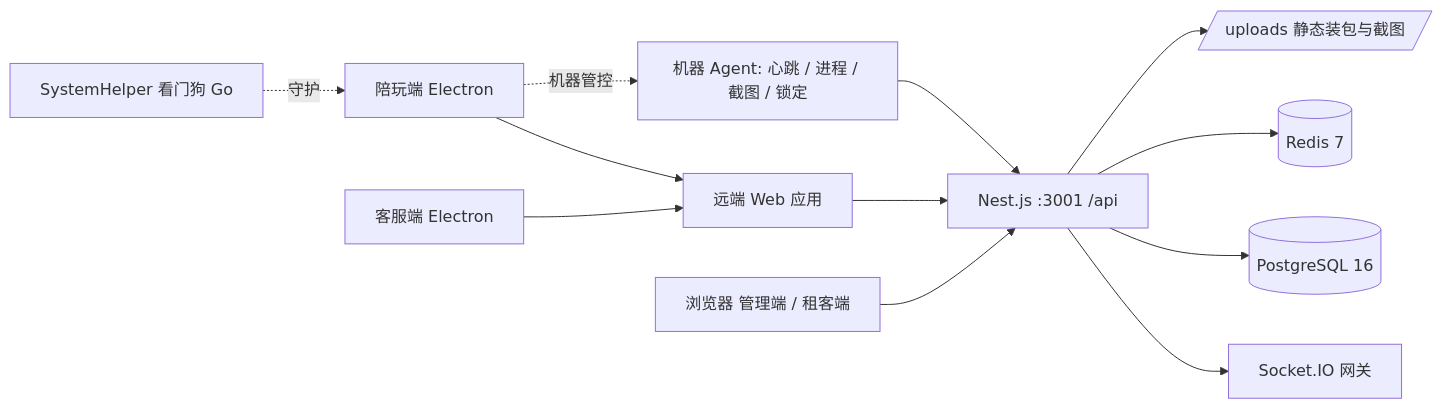
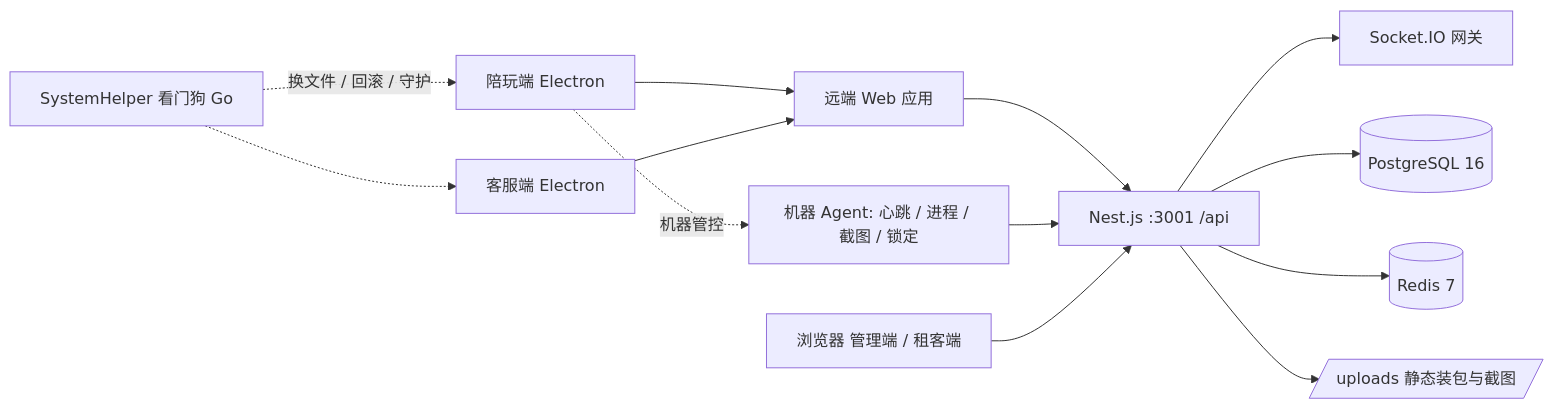
One commit to opsvr-ai/game-workspace changed the first of 2 diagrams in docs/REFACTOR-PLAN.md. Above: the diagram before and after it, drawn with Mermaid. The commit also changed other lines of this file, not shown here.

````diff
--- a/docs/REFACTOR-PLAN.md
+++ b/docs/REFACTOR-PLAN.md
@@ -98,14 +105,15 @@
 ```mermaid
 flowchart LR
   CT[陪玩端 Electron] --> W[远端 Web 应用]
   CS[客服端 Electron] --> W
   W --> API[Nest.js :3001 /api]
   CT -. 机器管控 .-> AG[机器 Agent: 心跳 / 进程 / 截图 / 锁定]
   AG --> API
-  WD[SystemHelper 看门狗 Go] -. 守护 .-> CT
+  WD[SystemHelper 看门狗 Go] -. 换文件 / 回滚 / 守护 .-> CT
+  WD -.-> CS
   API --> IO[Socket.IO 网关]
   API --> PG[(PostgreSQL 16)]
   API --> RD[(Redis 7)]
   API --> UP[/uploads 静态装包与截图/]
   BR[浏览器 管理端 / 租客端] --> API
 ```
````
